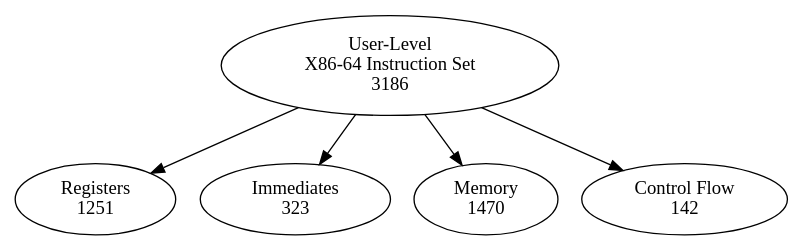
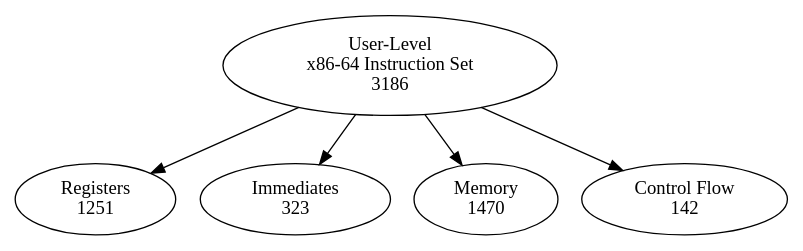
The diagram in figures/instruction_distribution.dot (sdasgup3/PLDI19-X86-64-Semantics), drawn with Graphviz before and after one commit. The commit also changed 12 other files, not shown here.

```diff
--- a/figures/instruction_distribution.dot
+++ b/figures/instruction_distribution.dot
@@ -1,38 +1,38 @@
 // dot -Tps imm_stats.dot -o imm_stats.ps
 digraph instr_supprt {
   //rankdir="LR"
     
       
   //T [shape=box,label="Total Haswell x86-64 instructions\n3767"]
     //SYS         [style=dashed; label="System & Legacy String\n293"] 
     //CRYPTO      [style=dashed; label="Crypto\n35"] 
     //X87MMX         [style=dashed; label="X87 \& MMX\n 335 (= 155 + 180)"] 
-    REM         [ label="User-Level \nX86-64 Instruction Set\n3186\n"]
+    REM         [ label="User-Level \nx86-64 Instruction Set\n3186\n"]
   
   //T -> SYS  
   //T -> CRYPTO  
   //T -> X87MMX  
   //T -> REM
 
   //{rank = same; T; }
   //{rank = same; SYS; CRYPTO; X87MMX;  }
   //{rank = same; REM}
 
   /***************************************************/
   // Remaining
 
   // DUP      [label="Duplicate\n120"] // Distribution R(95) I(17) M(8)
 
   REGS [label="Registers\n1251"]
   IMMS [label="Immediates\n323"]
   MEM      [label="Memory\n1470"] 
   CF [label="Control Flow\n142"]
 
   REM -> MEM
   REM -> IMMS
   REM -> REGS
   REM -> CF
   {rank = same; MEM; IMMS; REGS;}
 
 
  }
```
